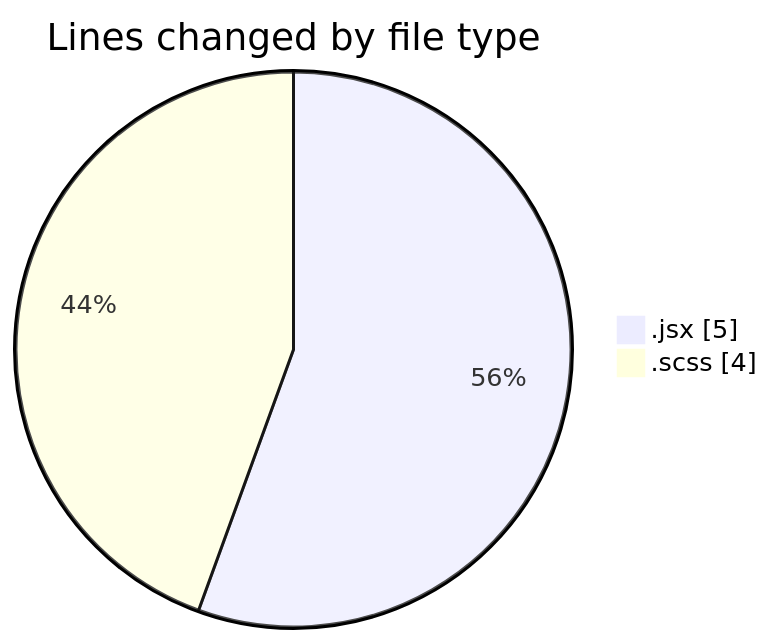
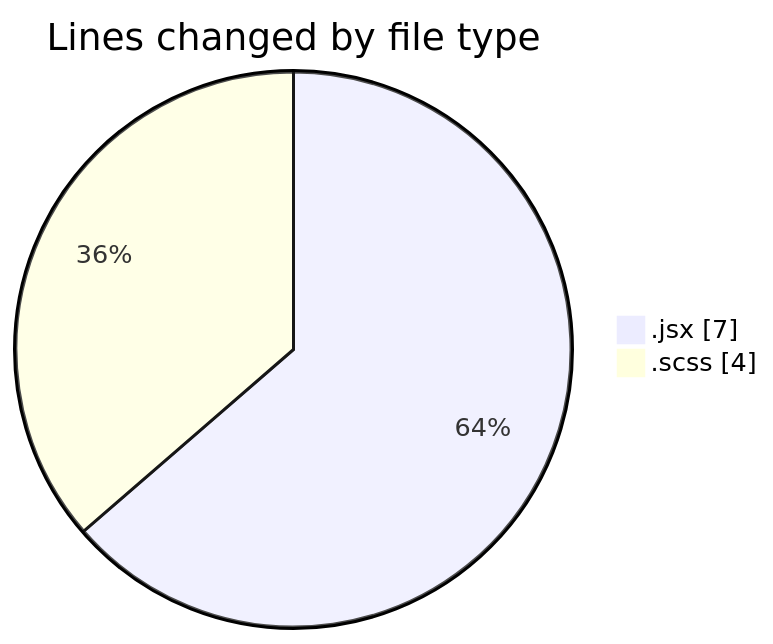
One commit to momahboobian/code-tracking changed the first of 2 diagrams in 2025-06-04/cda/README.md. Above: the diagram before and after it, drawn with Mermaid. The commit also changed other lines of this file and 1 other file, not shown here.

````diff
--- a/2025-06-04/cda/README.md
+++ b/2025-06-04/cda/README.md
@@ -21,6 +21,6 @@
 ```mermaid
 pie showData
 title Lines changed by file type
-".jsx" : 5
+".jsx" : 7
 ".scss" : 4
 ```
````
